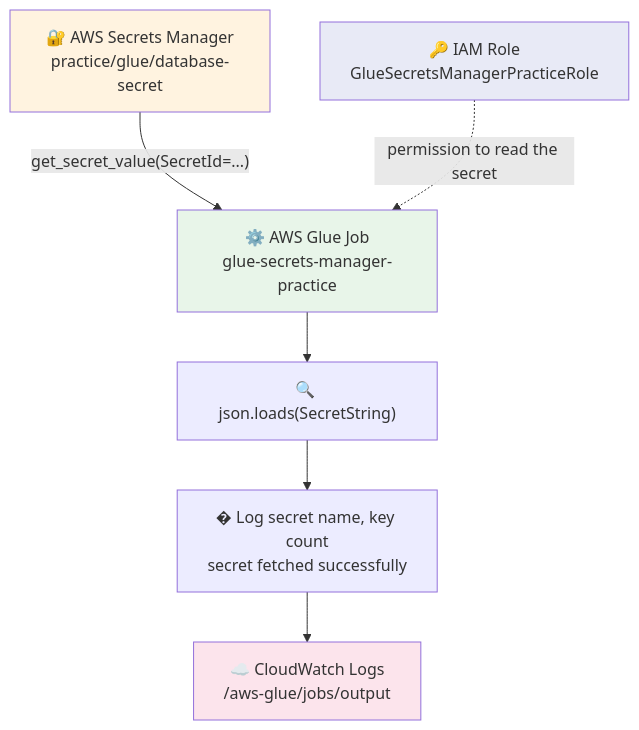
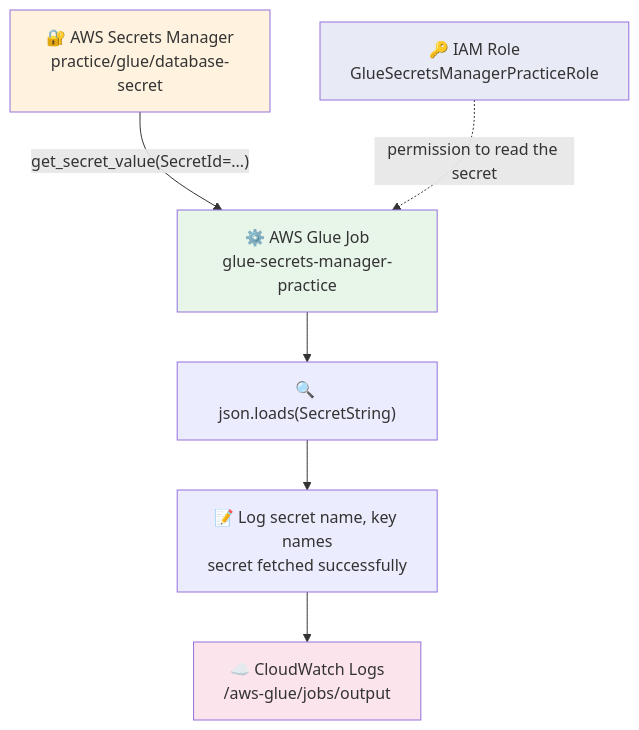
One commit to Kshitijavir/aws-pipelines-september-2026 changed the diagram in 01) AWS/18) glue to secrets manager (fetch secret/01) README.md. Above: the diagram before and after it, drawn with Mermaid. The commit also changed other lines of this file and 3 other files, not shown here.

First line of the commit message:
List the secret key names instead of the key count in pipelines 17 and 18

````diff
--- a/01) AWS/18) glue to secrets manager (fetch secret/01) README.md
+++ b/01) AWS/18) glue to secrets manager (fetch secret/01) README.md
@@ -44,13 +44,13 @@
 ```mermaid
 graph TD
     A["🔐 AWS Secrets Manager<br/>practice/glue/database-secret"] -->|"get_secret_value(SecretId=...)"| B["⚙️ AWS Glue Job<br/>glue-secrets-manager-practice"]
     C["🔑 IAM Role<br/>GlueSecretsManagerPracticeRole"] -.->|"permission to read the secret"| B
     B --> D["🔍 json.loads(SecretString)"]
-    D --> E["� Log secret name, key count<br/>secret fetched successfully"]
+    D --> E["📝 Log secret name, key names<br/>secret fetched successfully"]
     E --> F["☁️ CloudWatch Logs<br/>/aws-glue/jobs/output"]
 
     style A fill:#fff3e0
     style B fill:#e8f5e9
     style C fill:#e8eaf6
     style F fill:#fce4ec
 ```
````
